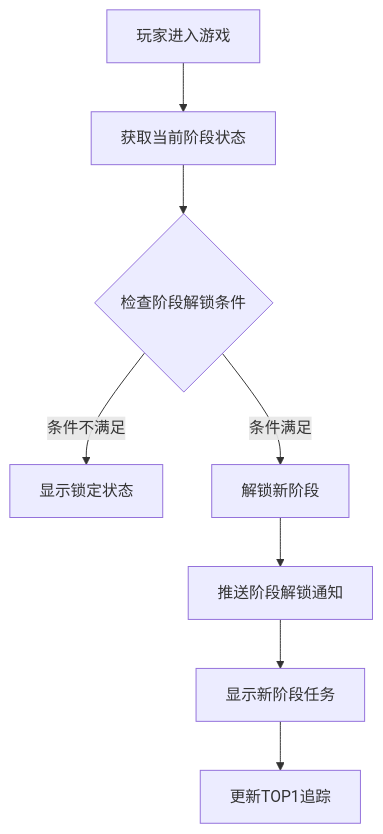
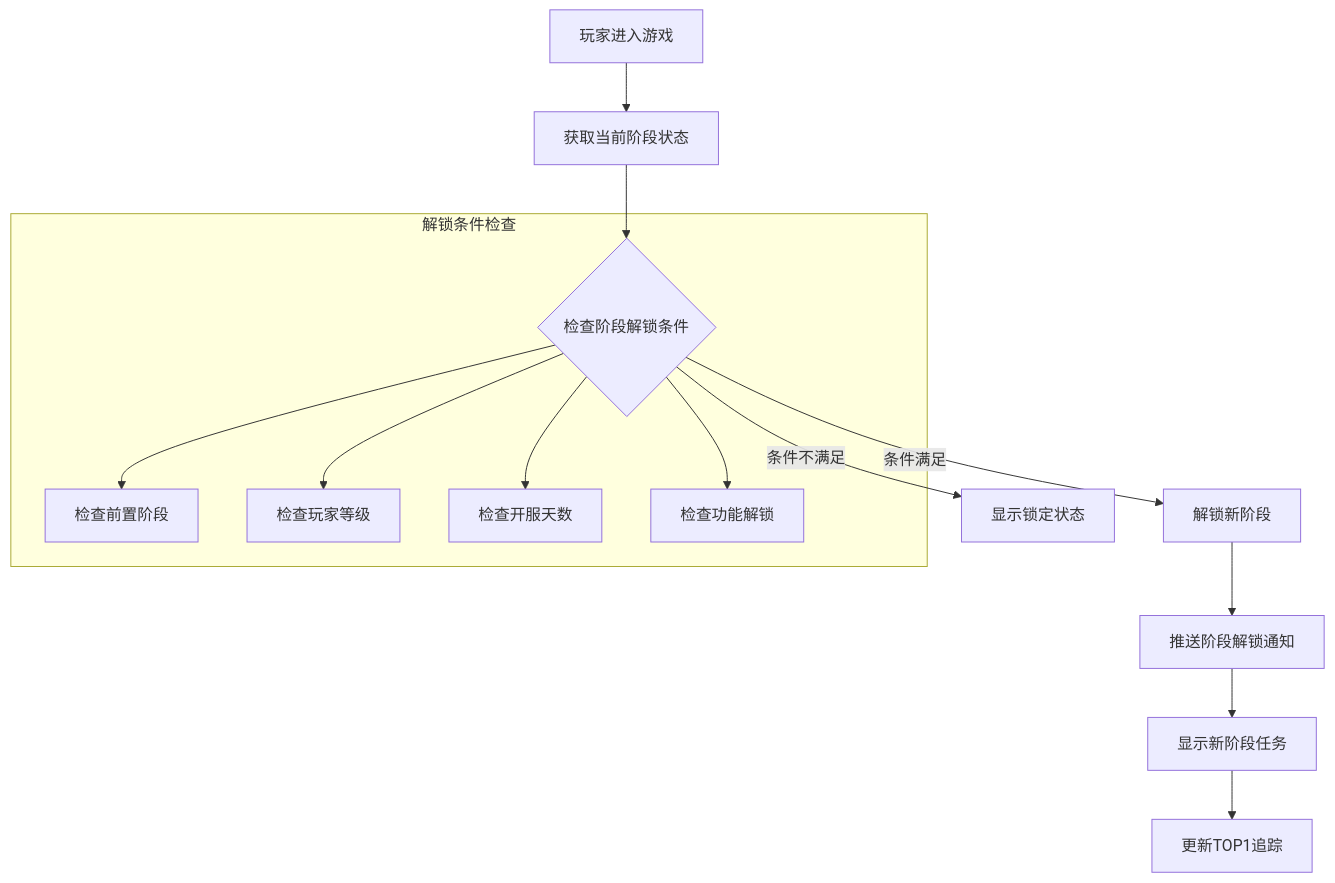
The second of 6 diagrams in docs/Module_StageGoal/05_完整说明.md (Alan-Ben/k2c_game_framework), drawn with Mermaid before and after one commit. The commit also changed other lines of this file and 32 other files, not shown here.

````diff
--- a/docs/Module_StageGoal/05_完整说明.md
+++ b/docs/Module_StageGoal/05_完整说明.md
@@ -67,10 +110,17 @@
 ```mermaid
 flowchart TD
     A[玩家进入游戏] --> B[获取当前阶段状态]
     B --> C{检查阶段解锁条件}
     C -->|条件不满足| D[显示锁定状态]
     C -->|条件满足| E[解锁新阶段]
     E --> F[推送阶段解锁通知]
     F --> G[显示新阶段任务]
     G --> H[更新TOP1追踪]
+
+    subgraph 解锁条件检查
+        C --> C1[检查前置阶段]
+        C --> C2[检查玩家等级]
+        C --> C3[检查开服天数]
+        C --> C4[检查功能解锁]
+    end
 ```
````
